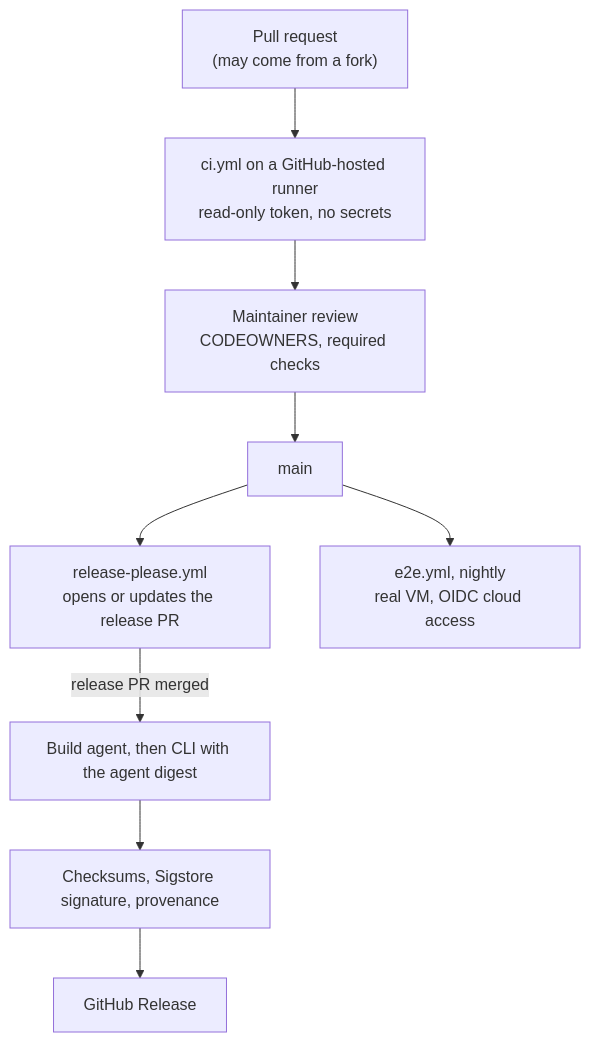
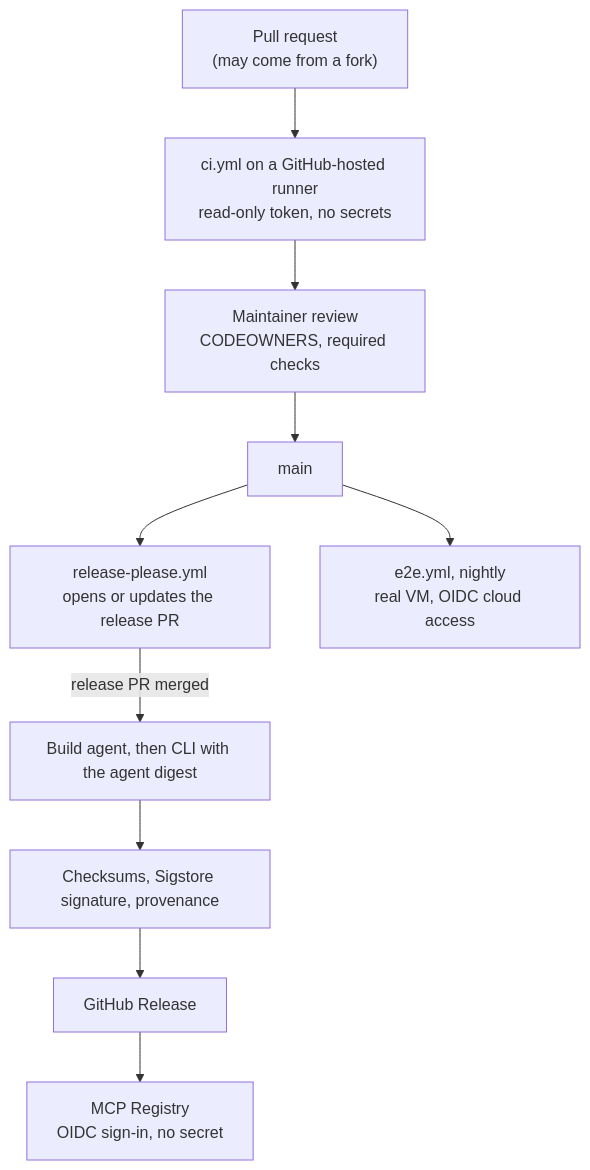
Before and after one commit to marshal-org/runlease: the diagram in docs/ci.md, drawn with Mermaid. The commit also changed other lines of this file and 8 other files, not shown here.

First line of the commit message:
ci(release): build MCP bundles and publish each release to the MCP Registry (#74)

````diff
--- a/docs/ci.md
+++ b/docs/ci.md
@@ -25,11 +25,12 @@
 ```mermaid
 flowchart TD
     PR["Pull request<br/>(may come from a fork)"] --> CI["ci.yml on a GitHub-hosted runner<br/>read-only token, no secrets"]
     CI --> Review["Maintainer review<br/>CODEOWNERS, required checks"]
     Review --> Main["main"]
     Main --> RP["release-please.yml<br/>opens or updates the release PR"]
     Main --> Nightly["e2e.yml, nightly<br/>real VM, OIDC cloud access"]
     RP -->|"release PR merged"| Build["Build agent, then CLI with the agent digest"]
     Build --> Sign["Checksums, Sigstore signature, provenance"]
     Sign --> Rel["GitHub Release"]
+    Rel --> Reg["MCP Registry<br/>OIDC sign-in, no secret"]
 ```
````
